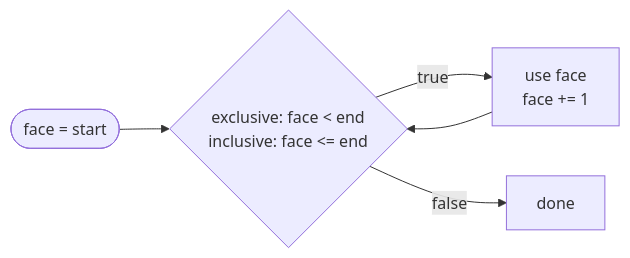
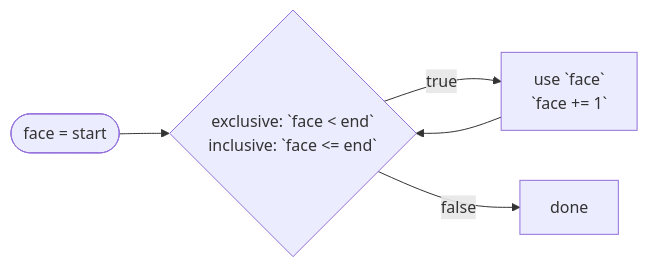
One commit to rux-lang/Web changed the diagram in content/docs/1.learn/03.control-flow/09.range.md. Above: the diagram before and after it, drawn with Mermaid. The commit also changed 49 other files, not shown here.

````diff
--- a/content/docs/1.learn/03.control-flow/09.range.md
+++ b/content/docs/1.learn/03.control-flow/09.range.md
@@ -95,7 +95,7 @@
 ```mermaid
 flowchart LR
-    s(["face = start"]) --> t{"exclusive: face < end<br/>inclusive: face <= end"}
-    t -- "true" --> b["use face<br/>face += 1"]
+    s(["`face = start`"]) --> t{"exclusive: `face < end`<br/>inclusive: `face <= end`"}
+    t -- "`true`" --> b["use `face`<br/>`face += 1`"]
     b --> t
-    t -- "false" --> done["done"]
+    t -- "`false`" --> done["done"]
 ```
````
